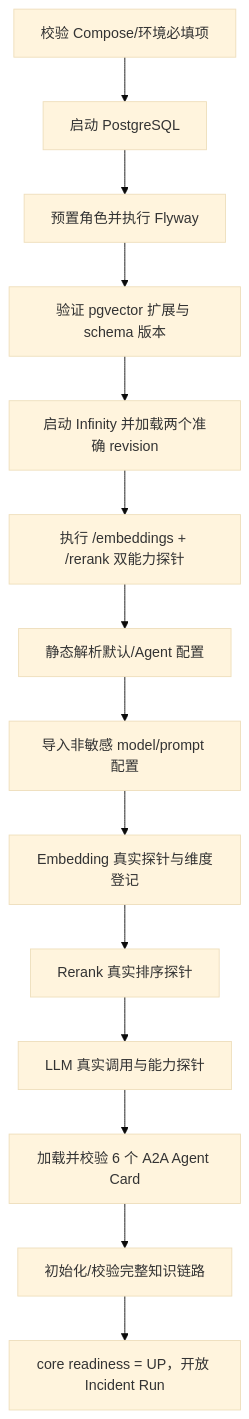
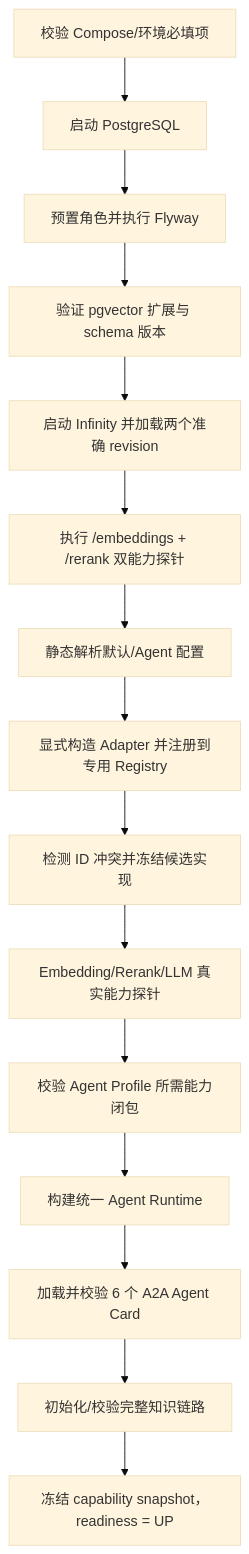
One commit to lkwslm/OpsPilot changed the second of 2 diagrams in docs/design/opspilot-system-design/07-local-model-deployment-and-bootstrap.md. Above: the diagram before and after it, drawn with Mermaid (base theme). The commit also changed other lines of this file and 13 other files, not shown here.

Commit message:
redesign architecture around controlled extensions

````diff
--- a/docs/design/opspilot-system-design/07-local-model-deployment-and-bootstrap.md
+++ b/docs/design/opspilot-system-design/07-local-model-deployment-and-bootstrap.md
@@ -357,16 +357,17 @@
 ```mermaid
 flowchart TD
     A["校验 Compose/环境必填项"] --> B["启动 PostgreSQL"]
     B --> C["预置角色并执行 Flyway"]
     C --> D["验证 pgvector 扩展与 schema 版本"]
     D --> E["启动 Infinity 并加载两个准确 revision"]
     E --> F["执行 /embeddings + /rerank 双能力探针"]
     F --> G["静态解析默认/Agent 配置"]
-    G --> H["导入非敏感 model/prompt 配置"]
-    H --> I["Embedding 真实探针与维度登记"]
-    I --> J["Rerank 真实排序探针"]
-    J --> K["LLM 真实调用与能力探针"]
-    K --> L["加载并校验 6 个 A2A Agent Card"]
-    L --> M["初始化/校验完整知识链路"]
-    M --> N["core readiness = UP，开放 Incident Run"]
+    G --> H["显式构造 Adapter 并注册到专用 Registry"]
+    H --> I["检测 ID 冲突并冻结候选实现"]
+    I --> J["Embedding/Rerank/LLM 真实能力探针"]
+    J --> K["校验 Agent Profile 所需能力闭包"]
+    K --> L["构建统一 Agent Runtime"]
+    L --> M["加载并校验 6 个 A2A Agent Card"]
+    M --> N["初始化/校验完整知识链路"]
+    N --> O["冻结 capability snapshot，readiness = UP"]
 ```
````
